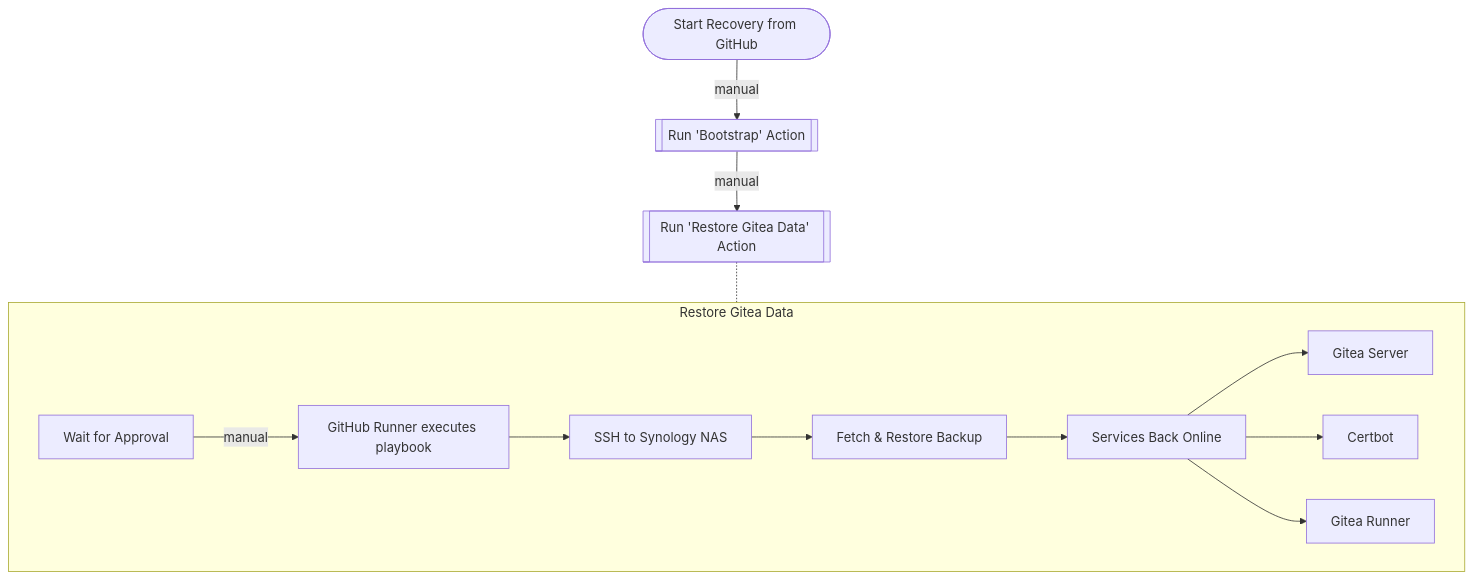
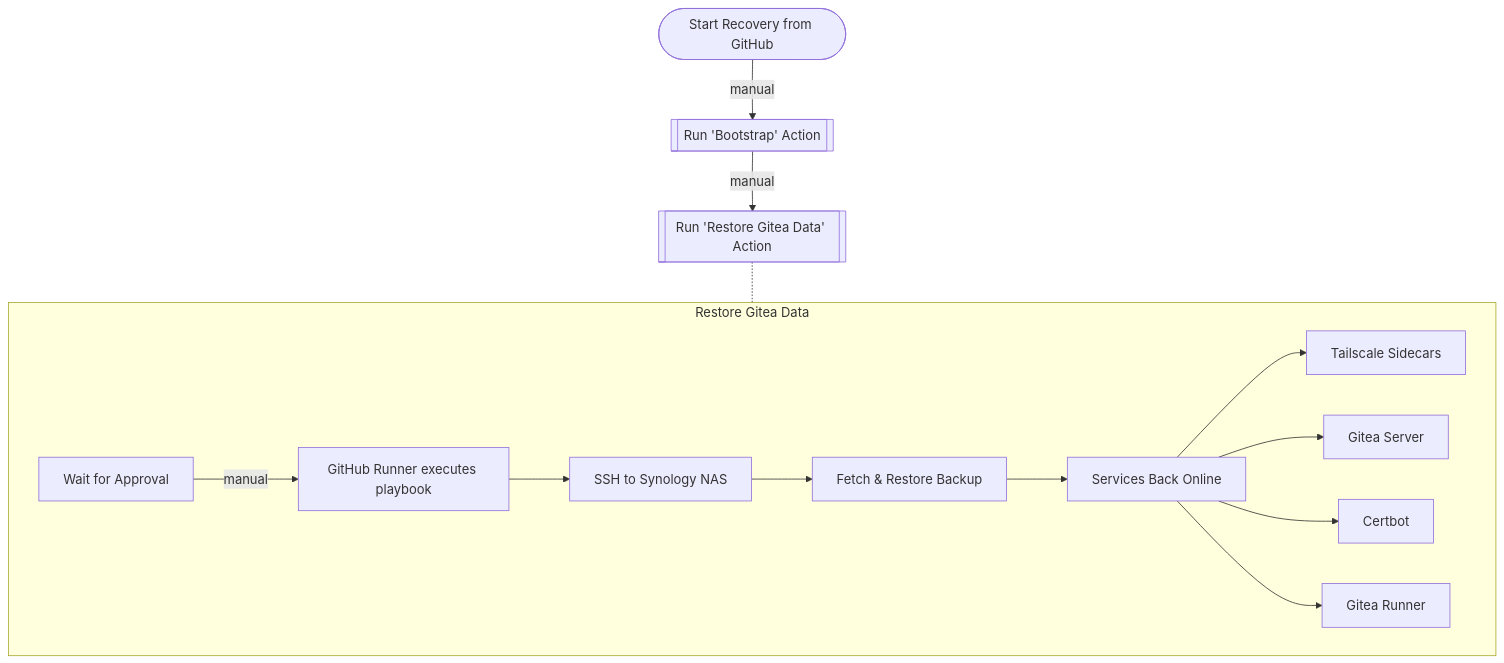
Before and after one commit to jaxzin/jaxzin-infra-bootstrap: the third of 3 diagrams in README.md, drawn with Mermaid. The commit also changed other lines of this file and 11 other files, not shown here.

````diff
--- a/README.md
+++ b/README.md
@@ -73,18 +110,19 @@
 ```mermaid
 flowchart TB
     Start([Start Recovery from GitHub])
     Start -->|manual| Action_B[[Run 'Bootstrap' Action]]
     Action_B -->|manual| Action_R[[Run 'Restore Gitea Data' Action]]
     subgraph Restore[Restore Gitea Data]
         direction LR
         Approval[Wait for Approval]
         Approval -->|manual| R[GitHub Runner executes playbook]
         R --> M[SSH to Synology NAS]
         M --> N[Fetch & Restore Backup]
         N --> P[Services Back Online]
+        P --> P0[Tailscale Sidecars]
         P --> P1[Gitea Server]
         P --> P2[Certbot]
         P --> P3[Gitea Runner]
     end
     Action_R -.- Restore
 ```
````
